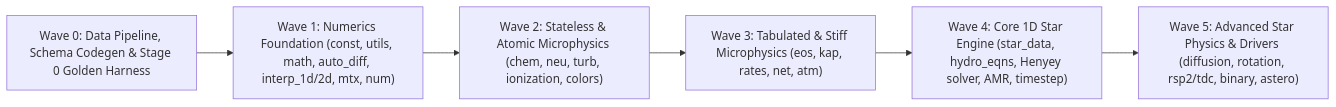
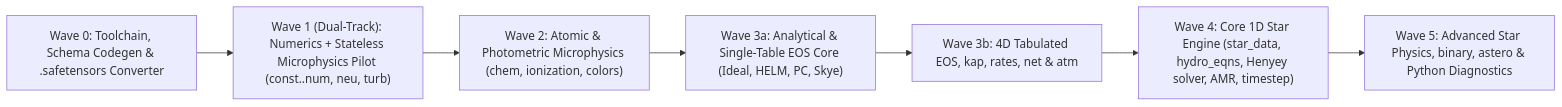
The second of 2 diagrams in docs/design/scoping-and-architecture.md (joshspeagle/FlexMESA), drawn with Mermaid before and after one commit. The commit also changed other lines of this file and 9 other files, not shown here.

````diff
--- a/docs/design/scoping-and-architecture.md
+++ b/docs/design/scoping-and-architecture.md
@@ -310,8 +304,9 @@
 ```mermaid
 flowchart LR
-    W0["Wave 0: Data Pipeline, Schema Codegen & Stage 0 Golden Harness"] --> W1["Wave 1: Numerics Foundation (const, utils, math, auto_diff, interp_1d/2d, mtx, num)"]
-    W1 --> W2["Wave 2: Stateless & Atomic Microphysics (chem, neu, turb, ionization, colors)"]
-    W2 --> W3["Wave 3: Tabulated & Stiff Microphysics (eos, kap, rates, net, atm)"]
-    W3 --> W4["Wave 4: Core 1D Star Engine (star_data, hydro_eqns, Henyey solver, AMR, timestep)"]
-    W4 --> W5["Wave 5: Advanced Star Physics & Drivers (diffusion, rotation, rsp2/tdc, binary, astero)"]
+    W0["Wave 0: Toolchain, Schema Codegen & .safetensors Converter"] --> W1["Wave 1 (Dual-Track): Numerics + Stateless Microphysics Pilot (const..num, neu, turb)"]
+    W1 --> W2["Wave 2: Atomic & Photometric Microphysics (chem, ionization, colors)"]
+    W2 --> W3a["Wave 3a: Analytical & Single-Table EOS Core (Ideal, HELM, PC, Skye)"]
+    W3a --> W3b["Wave 3b: 4D Tabulated EOS, kap, rates, net & atm"]
+    W3b --> W4["Wave 4: Core 1D Star Engine (star_data, hydro_eqns, Henyey solver, AMR, timestep)"]
+    W4 --> W5["Wave 5: Advanced Star Physics, binary, astero & Python Diagnostics"]
 ```
````
